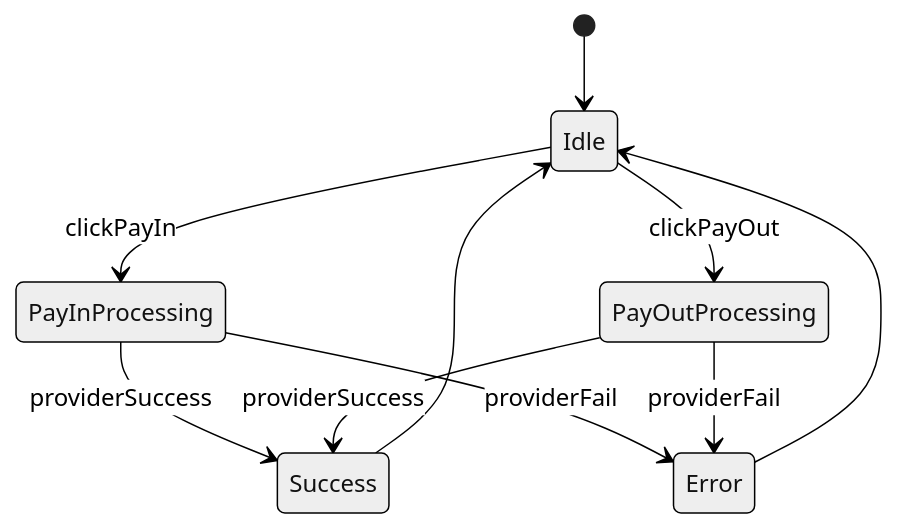
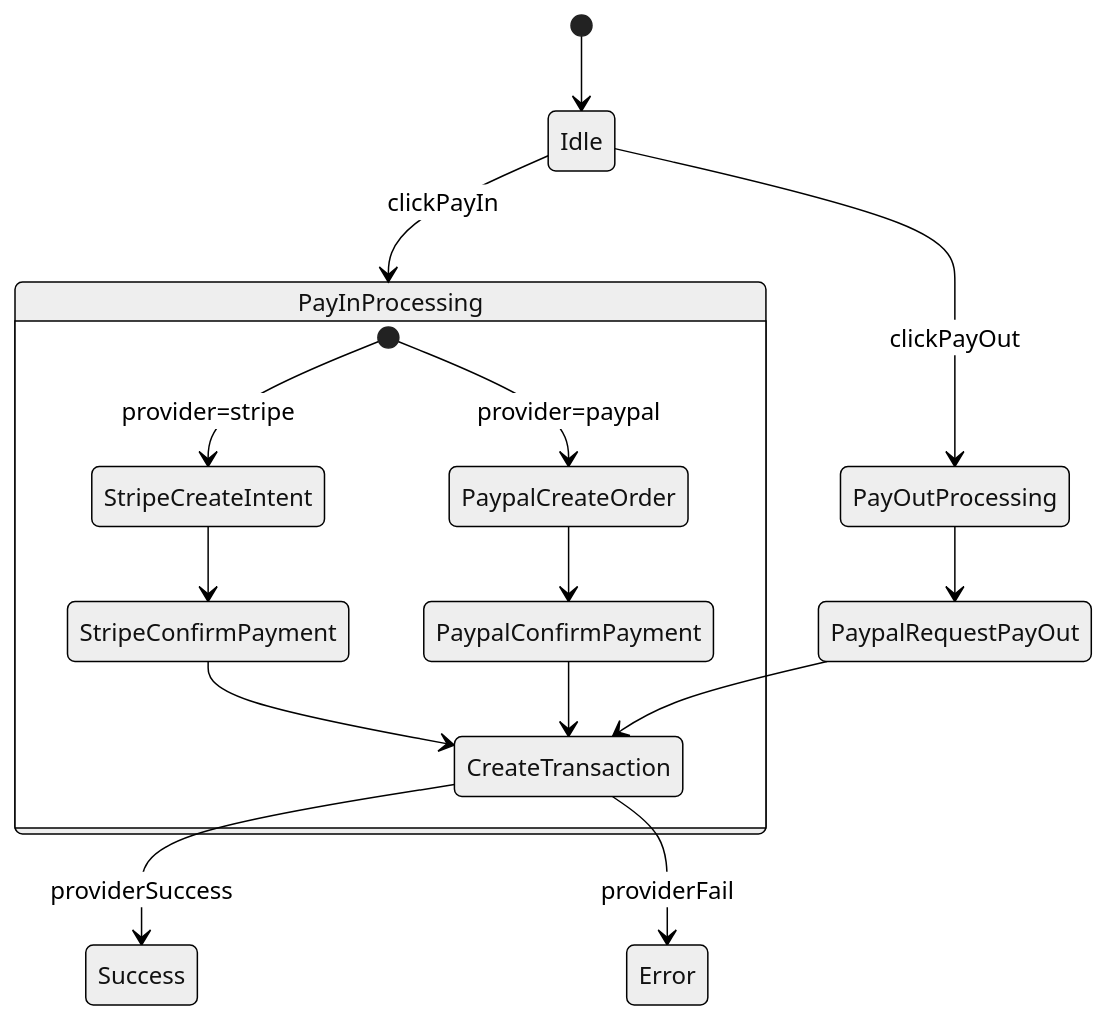
One commit to quochuydev/quochuydev changed the third of 5 diagrams in researching/paypal-stripe-payment/prompt.md. Above: the diagram before and after it, drawn with Mermaid (neutral theme). The commit also changed other lines of this file and 64 other files, not shown here.

````diff
--- a/researching/paypal-stripe-payment/prompt.md
+++ b/researching/paypal-stripe-payment/prompt.md
@@ -88,15 +86,23 @@
 ```mermaid
-stateDiagram-v2
+stateDiagram
   [*] --> Idle
 
   Idle --> PayInProcessing : clickPayIn
-  PayInProcessing --> Success : providerSuccess
-  PayInProcessing --> Error : providerFail
+
+  state PayInProcessing {
+    [*] --> StripeCreateIntent : provider=stripe
+    StripeCreateIntent --> StripeConfirmPayment
+    StripeConfirmPayment --> CreateTransaction
+
+    [*] --> PaypalCreateOrder : provider=paypal
+    PaypalCreateOrder --> PaypalConfirmPayment
+    PaypalConfirmPayment --> CreateTransaction
+  }
 
   Idle --> PayOutProcessing : clickPayOut
-  PayOutProcessing --> Success : providerSuccess
-  PayOutProcessing --> Error : providerFail
+  PayOutProcessing --> PaypalRequestPayOut
+  PaypalRequestPayOut --> CreateTransaction
 
-  Success --> Idle
-  Error --> Idle
+  CreateTransaction --> Success : providerSuccess
+  CreateTransaction --> Error : providerFail
 ```
````
